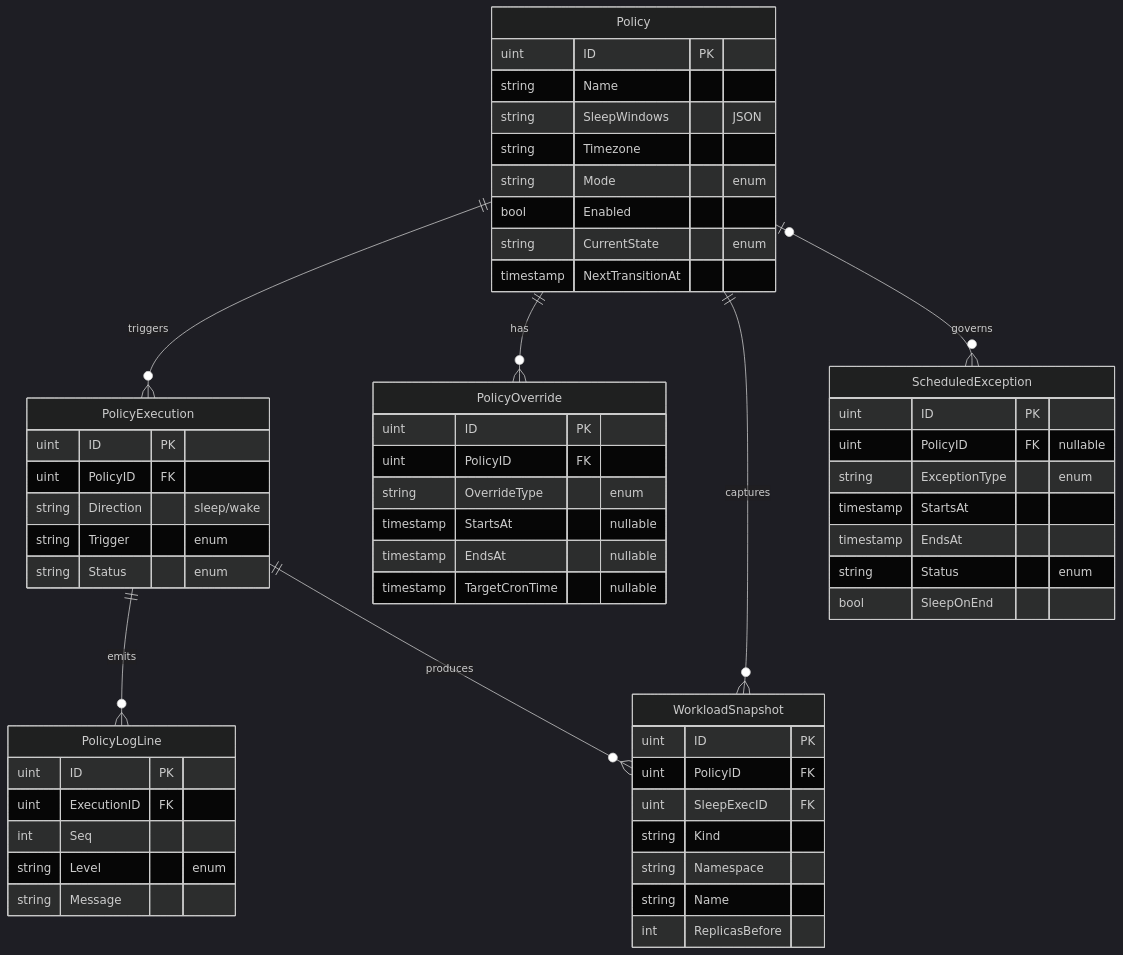
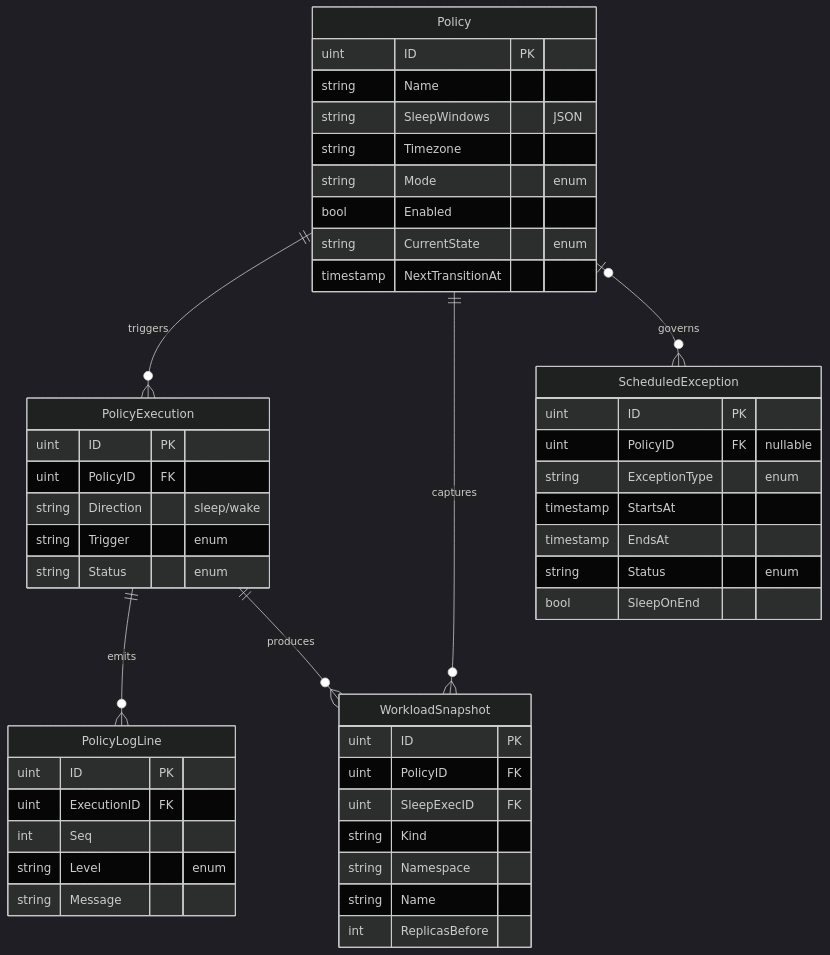
The first of 3 diagrams in docs/window-native-scheduling.md (MacXsimilian/kube-phoenix), drawn with Mermaid (dark theme) before and after one commit. The commit also changed other lines of this file and 7 other files, not shown here.

````diff
--- a/docs/window-native-scheduling.md
+++ b/docs/window-native-scheduling.md
@@ -97,65 +79,55 @@
 ```mermaid
 erDiagram
     Policy ||--o{ PolicyExecution : "triggers"
-    Policy ||--o{ PolicyOverride : "has"
     Policy ||--o{ WorkloadSnapshot : "captures"
     Policy |o--o{ ScheduledException : "governs"
     PolicyExecution ||--o{ PolicyLogLine : "emits"
     PolicyExecution ||--o{ WorkloadSnapshot : "produces"
 
     Policy {
         uint ID PK
         string Name
         string SleepWindows "JSON"
         string Timezone
         string Mode "enum"
         bool Enabled
         string CurrentState "enum"
         timestamp NextTransitionAt
-    }
-
-    PolicyOverride {
-        uint ID PK
-        uint PolicyID FK
-        string OverrideType "enum"
-        timestamp StartsAt "nullable"
-        timestamp EndsAt "nullable"
-        timestamp TargetCronTime "nullable"
     }
 
     ScheduledException {
         uint ID PK
         uint PolicyID FK "nullable"
         string ExceptionType "enum"
         timestamp StartsAt
         timestamp EndsAt
         string Status "enum"
         bool SleepOnEnd
     }
 
     PolicyExecution {
         uint ID PK
         uint PolicyID FK
         string Direction "sleep/wake"
         string Trigger "enum"
         string Status "enum"
     }
 
     WorkloadSnapshot {
         uint ID PK
         uint PolicyID FK
         uint SleepExecID FK
         string Kind
         string Namespace
         string Name
         int ReplicasBefore
     }
 
     PolicyLogLine {
         uint ID PK
         uint ExecutionID FK
         int Seq
         string Level "enum"
         string Message
     }
 ```
````
